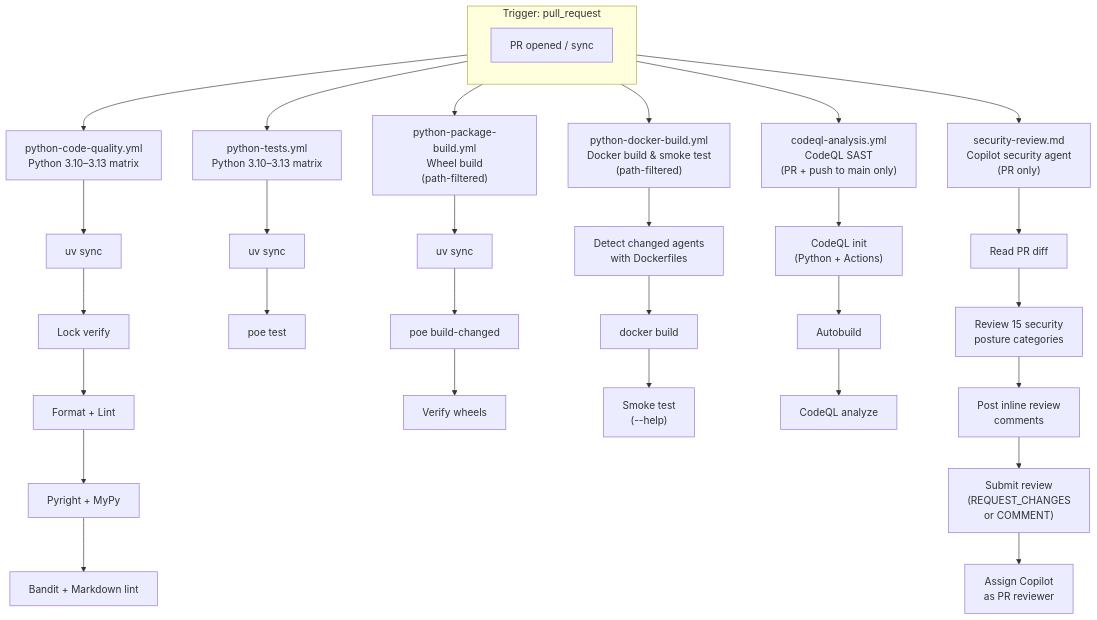
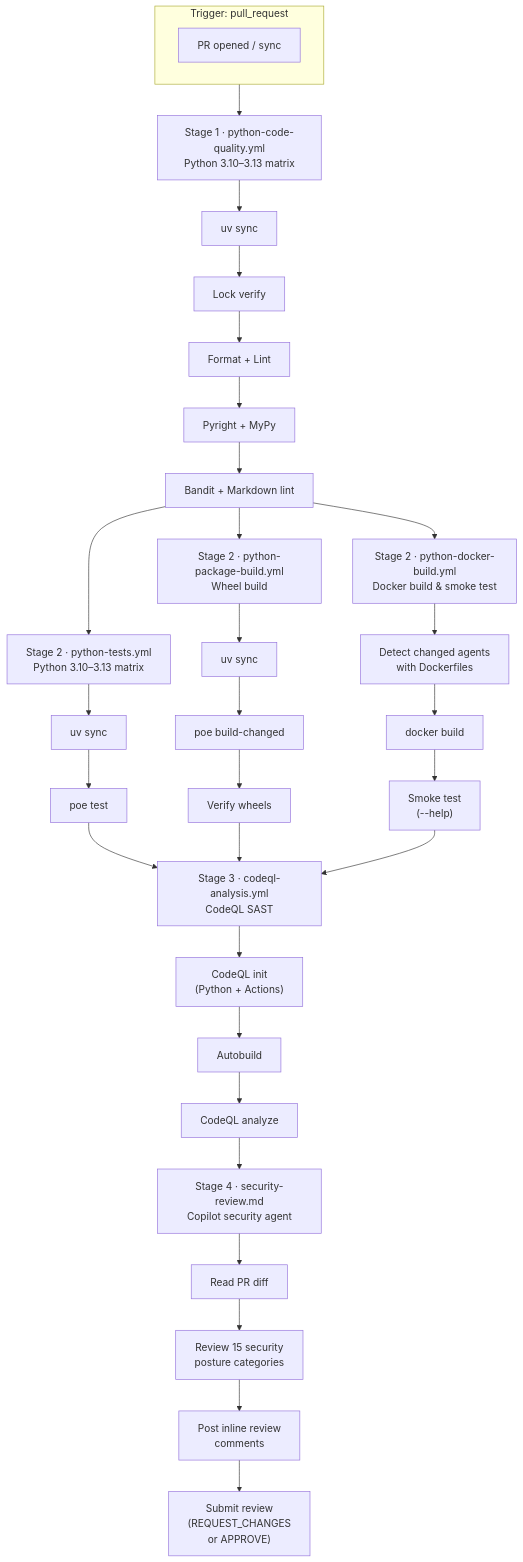
The sixth of 9 diagrams in README.md (pmalarme/python-agent-template), drawn with Mermaid before and after one commit. The commit also changed other lines of this file and 11 other files, not shown here.

First line of the commit message:
feat: refactor security review workflows and documentation

````diff
--- a/README.md
+++ b/README.md
@@ -249,41 +277,44 @@
 ```mermaid
 flowchart TD
     subgraph trigger["Trigger: pull_request"]
         direction LR
         T1["PR opened / sync"]
     end
 
-    trigger --> CQ_QUAL["python-code-quality.yml<br/>Python 3.10–3.13 matrix"]
-    trigger --> CQ_TEST["python-tests.yml<br/>Python 3.10–3.13 matrix"]
-    trigger --> PB["python-package-build.yml<br/>Wheel build<br/>(path-filtered)"]
-    trigger --> DK["python-docker-build.yml<br/>Docker build &amp; smoke test<br/>(path-filtered)"]
-    trigger --> CQ["codeql-analysis.yml<br/>CodeQL SAST<br/>(PR + push to main only)"]
-    trigger --> SR["security-review.md<br/>Copilot security agent<br/>(PR only)"]
+    trigger --> CQ_QUAL["Stage 1 · python-code-quality.yml<br/>Python 3.10–3.13 matrix"]
 
     CQ_QUAL --> CQ_QUAL1["uv sync"]
     CQ_QUAL1 --> CQ_QUAL1b["Lock verify"]
     CQ_QUAL1b --> CQ_QUAL2["Format + Lint"]
     CQ_QUAL2 --> CQ_QUAL3["Pyright + MyPy"]
     CQ_QUAL3 --> CQ_QUAL4["Bandit + Markdown lint"]
+
+    CQ_QUAL4 --> CQ_TEST["Stage 2 · python-tests.yml<br/>Python 3.10–3.13 matrix"]
+    CQ_QUAL4 --> PB["Stage 2 · python-package-build.yml<br/>Wheel build"]
+    CQ_QUAL4 --> DK["Stage 2 · python-docker-build.yml<br/>Docker build &amp; smoke test"]
 
     CQ_TEST --> CQ_TEST1["uv sync"]
     CQ_TEST1 --> CQ_TEST2["poe test"]
 
     PB --> PB1["uv sync"]
     PB1 --> PB2["poe build-changed"]
     PB2 --> PB3["Verify wheels"]
 
     DK --> DK1["Detect changed agents<br/>with Dockerfiles"]
     DK1 --> DK2["docker build"]
     DK2 --> DK3["Smoke test<br/>(--help)"]
 
+    CQ_TEST2 --> CQ["Stage 3 · codeql-analysis.yml<br/>CodeQL SAST"]
+    PB3 --> CQ
+    DK3 --> CQ
+
     CQ --> CQ1["CodeQL init<br/>(Python + Actions)"]
     CQ1 --> CQ2["Autobuild"]
     CQ2 --> CQ3["CodeQL analyze"]
 
+    CQ3 --> SR["Stage 4 · security-review.md<br/>Copilot security agent"]
     SR --> SR1["Read PR diff"]
     SR1 --> SR2["Review 15 security<br/>posture categories"]
     SR2 --> SR3["Post inline review<br/>comments"]
-    SR3 --> SR4["Submit review<br/>(REQUEST_CHANGES<br/>or COMMENT)"]
-    SR4 --> SR5["Assign Copilot<br/>as PR reviewer"]
+    SR3 --> SR4["Submit review<br/>(REQUEST_CHANGES<br/>or APPROVE)"]
 ```
````
